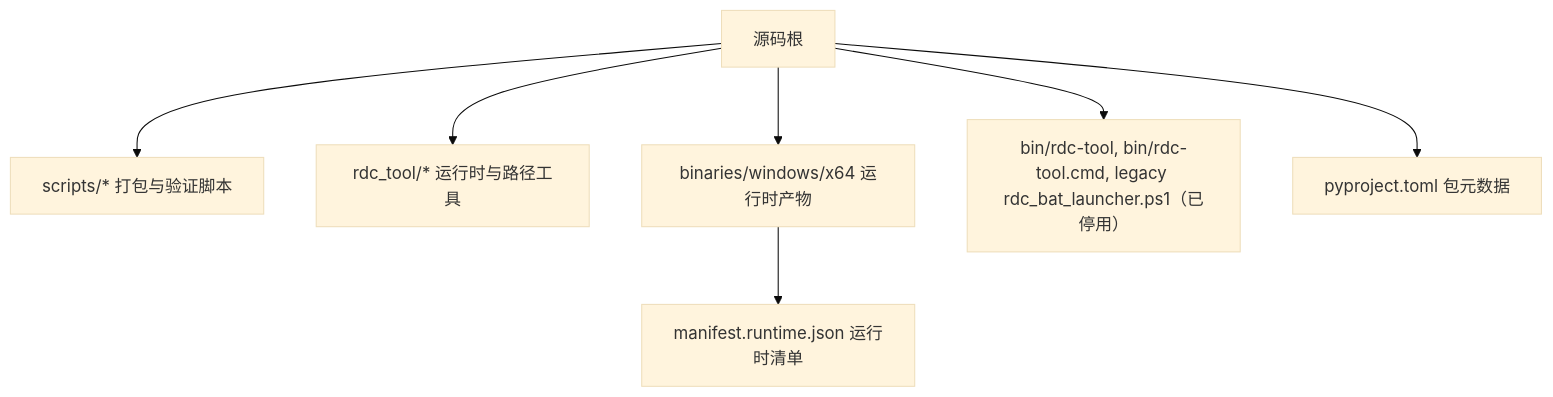
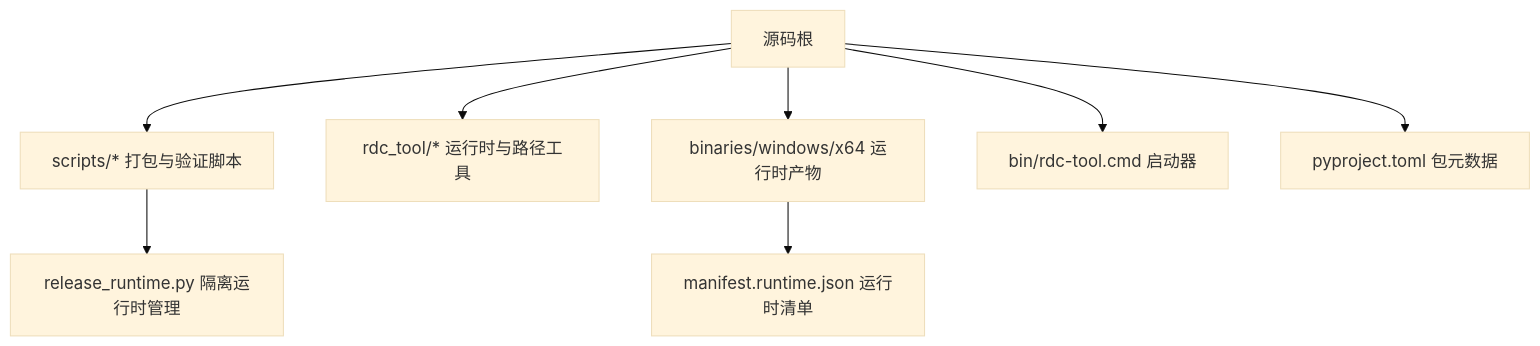
Before and after one commit to haolange/RDC-Tool: the first of 9 diagrams in .qoder/repowiki/zh/content/部署和发布/发布打包.md, drawn with Mermaid (base theme). The commit also changed other lines of this file and 53 other files, not shown here.

````diff
--- a/.qoder/repowiki/zh/content/部署和发布/发布打包.md
+++ b/.qoder/repowiki/zh/content/部署和发布/发布打包.md
@@ -52,9 +62,10 @@
 ```mermaid
 graph TB
 A["源码根"] --> B["scripts/* 打包与验证脚本"]
 A --> C["rdc_tool/* 运行时与路径工具"]
 A --> D["binaries/windows/x64 运行时产物"]
-A --> E["bin/rdc-tool, bin/rdc-tool.cmd, legacy rdc_bat_launcher.ps1（已停用）"]
+A --> E["bin/rdc-tool.cmd 启动器"]
 A --> F["pyproject.toml 包元数据"]
 D --> G["manifest.runtime.json 运行时清单"]
+B --> H["release_runtime.py 隔离运行时管理"]
 ```
````
